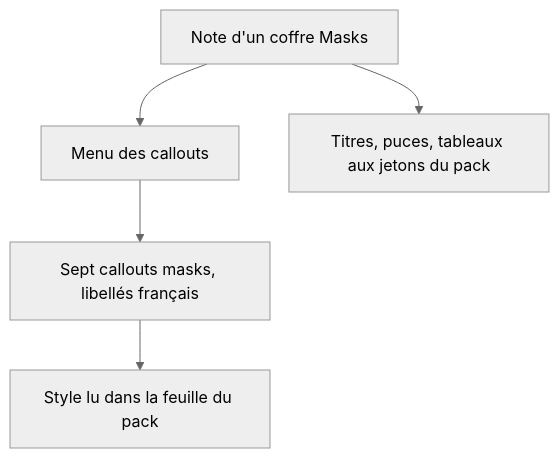
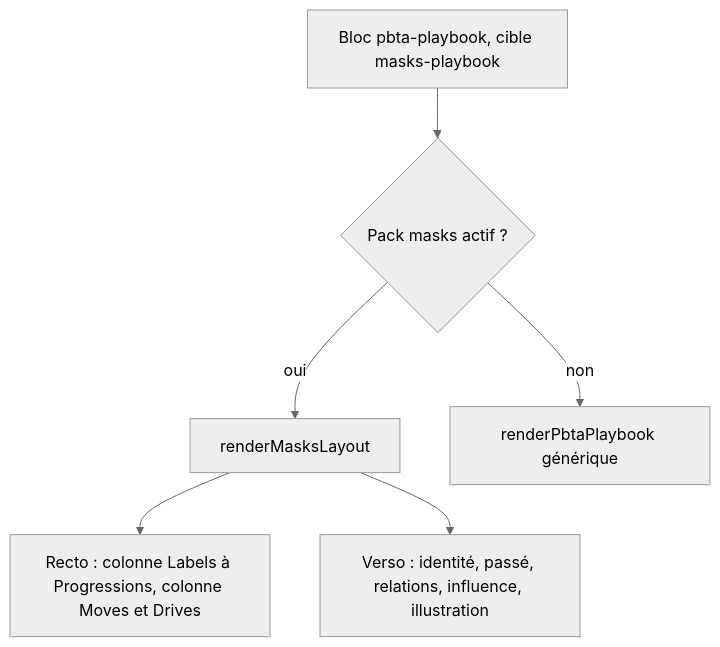
The first of 2 diagrams in aidd_docs/tasks/2026_10/2026_10_07_masks-2e-integration/phase-6.md (RebelliousSmile/obsidian-handbook), drawn with Mermaid (neutral theme) before and after one commit. The commit also changed other lines of this file and 39 other files, not shown here.

````diff
--- a/aidd_docs/tasks/2026_10/2026_10_07_masks-2e-integration/phase-6.md
+++ b/aidd_docs/tasks/2026_10/2026_10_07_masks-2e-integration/phase-6.md
@@ -24,7 +28,8 @@
 ```mermaid
 flowchart TD
-  A[Note d'un coffre Masks] --> B[Menu des callouts]
-  B --> C[Sept callouts masks, libellés français]
-  C --> D[Style lu dans la feuille du pack]
-  A --> E[Titres, puces, tableaux aux jetons du pack]
+  A[Bloc pbta-playbook, cible masks-playbook] --> B{Pack masks actif ?}
+  B -->|oui| C[renderMasksLayout]
+  B -->|non| D[renderPbtaPlaybook générique]
+  C --> E[Recto : colonne Labels à Progressions, colonne Moves et Drives]
+  C --> F[Verso : identité, passé, relations, influence, illustration]
 ```
````
